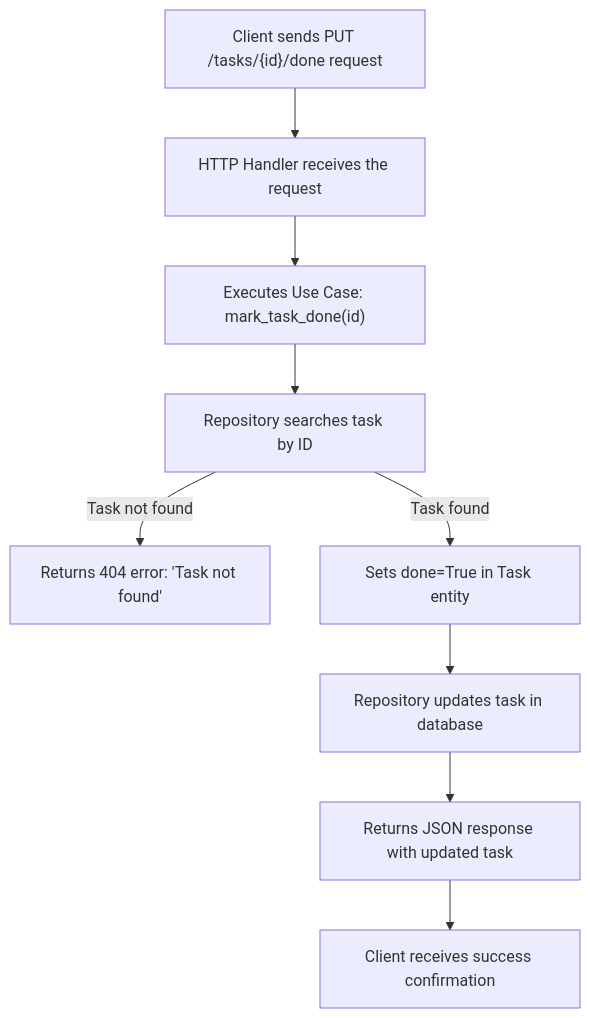
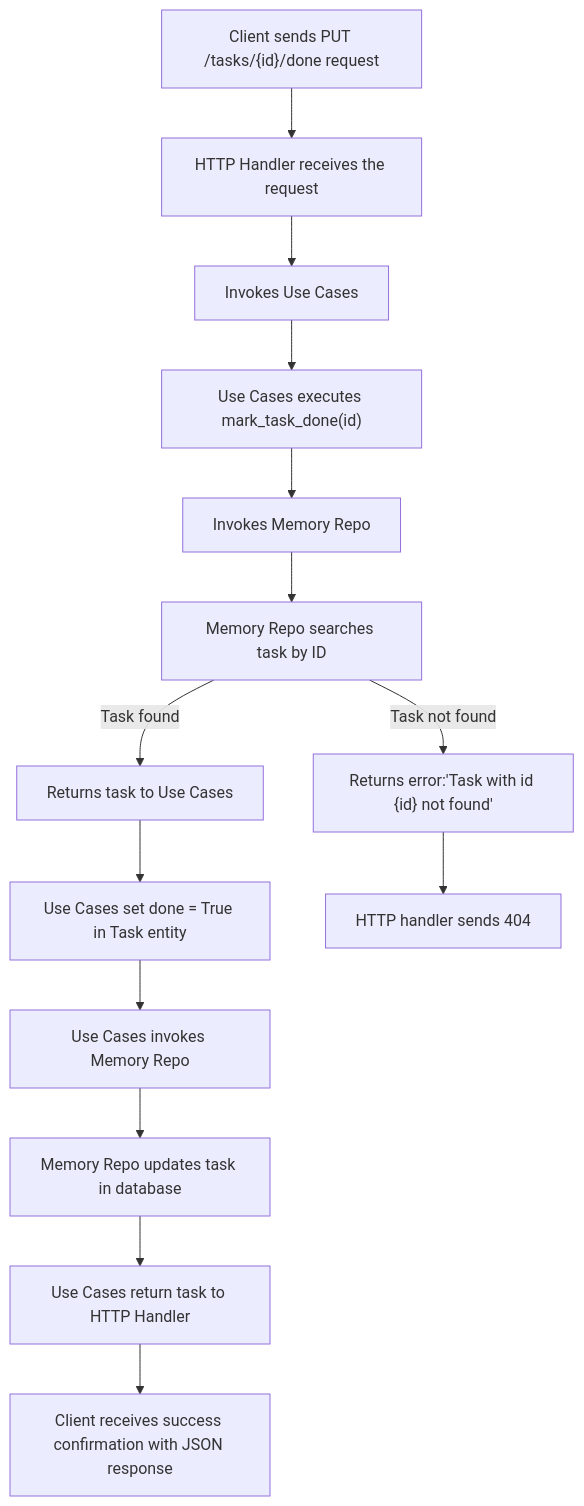
The diagram in README.md (dcifuentesg/Pangolines), drawn with Mermaid before and after one commit. The commit also changed other lines of this file, not shown here.

````diff
--- a/README.md
+++ b/README.md
@@ -130,11 +146,17 @@
 ```mermaid
 flowchart TD
     A["Client sends PUT /tasks/{id}/done request"] --> B["HTTP Handler receives the request"]
-    B --> C["Executes Use Case: mark_task_done(id)"]
-    C --> D["Repository searches task by ID"]
-    D -->|Task not found| E["Returns 404 error: 'Task not found'"]
-    D -->|Task found| F["Sets done=True in Task entity"]
-    F --> G["Repository updates task in database"]
-    G --> H["Returns JSON response with updated task"]
-    H --> I["Client receives success confirmation"]
+    B --> C["Invokes Use Cases"]
+    C --> D["Use Cases executes mark_task_done(id)"]
+    D --> E["Invokes Memory Repo"]
+    E --> F["Memory Repo searches task by ID"]
+    F -->|Task not found| G["Returns error:'Task with id {id} not found'"]
+    F -->|Task found| H["Returns task to Use Cases"]
+    H --> I["Use Cases set done = True in Task entity"]
+    I --> J["Use Cases invokes Memory Repo"]
+    J --> K["Memory Repo updates task in database"]
+    K --> L["Use Cases return task to HTTP Handler"]
+    L --> M["Client receives success confirmation with JSON response"]
+    G --> O["HTTP handler sends 404"]
+    
 ```
````
